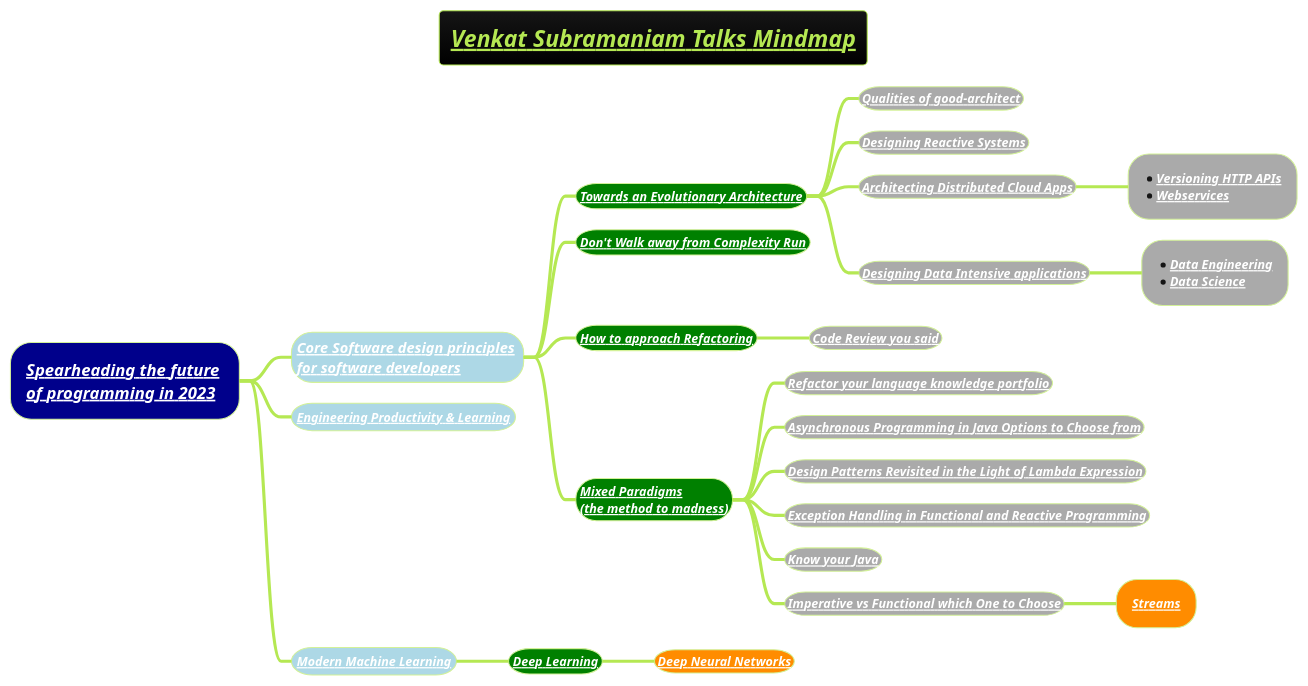
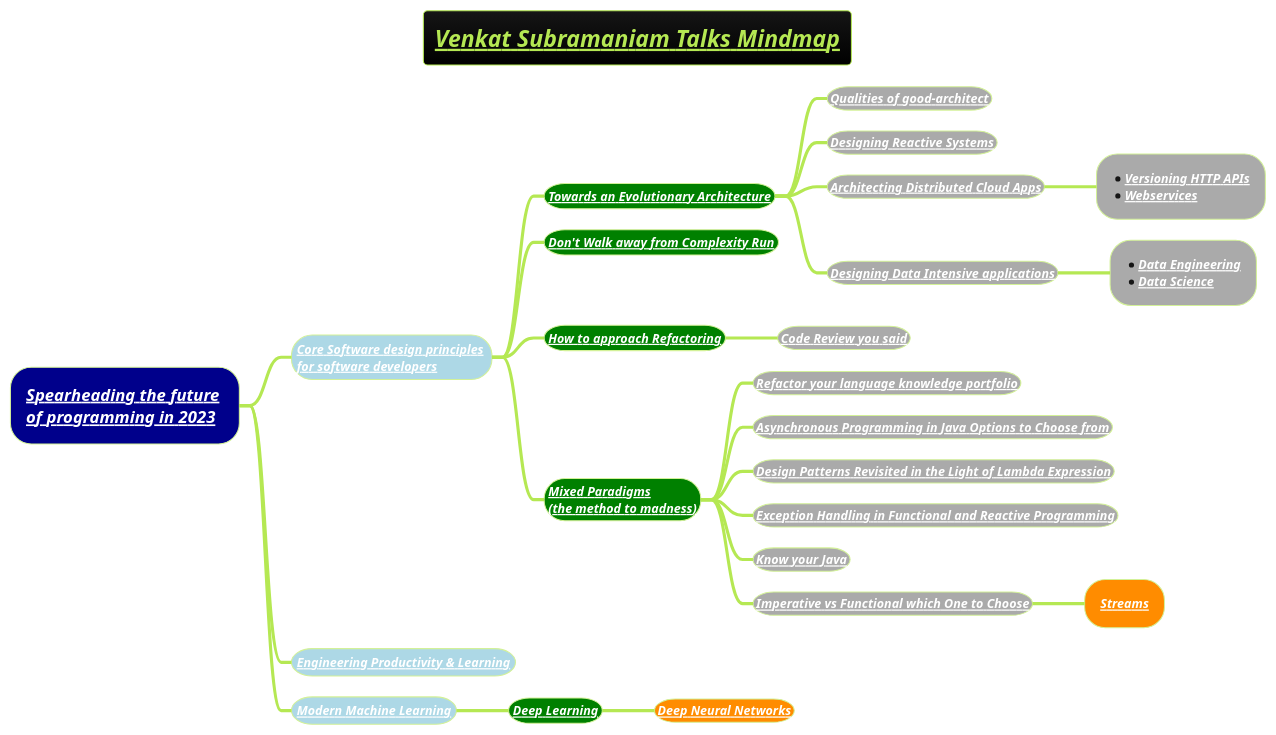
One commit to MehmoodHashmi/Documentation-as-Code-DaC changed the diagram in docs/3-programming-languages/Venkat-Subramaniam/venkat-talks-mindmap.puml. Above: the diagram before and after it, drawn with PlantUML. The commit also changed 2 other files, not shown here.

```diff
--- a/docs/3-programming-languages/Venkat-Subramaniam/venkat-talks-mindmap.puml
+++ b/docs/3-programming-languages/Venkat-Subramaniam/venkat-talks-mindmap.puml
@@ -1,30 +1,30 @@
 @startmindmap
 title =<i><b><u><size:18>Venkat Subramaniam Talks Mindmap
 !theme hacker
 
 *[#darkblue] <i><color #black>[[docs/3-programming-languages/Venkat-Subramaniam/Spearheading-the-future-of-programming-2023.puml Spearheading the future]] \n<i><color #black>[[docs/3-programming-languages/Venkat-Subramaniam/Spearheading-the-future-of-programming-2023.puml of programming in 2023]]
-**[#lightblue] <color:white><i>[[docs/3-programming-languages/Venkat-Subramaniam/Core-Software-design-principles-for-software-developers.puml Core Software design principles]] \n<color:white><i>[[docs/3-programming-languages/Venkat-Subramaniam/Core-Software-design-principles-for-software-developers.puml for software developers ]]
+**[#lightblue] <color:white><i><size:12>[[docs/3-programming-languages/Venkat-Subramaniam/Core-Software-design-principles-for-software-developers.puml Core Software design principles]] \n<color:white><i><size:12>[[docs/3-programming-languages/Venkat-Subramaniam/Core-Software-design-principles-for-software-developers.puml for software developers ]]
 ***[#green] <b><i><color #black><size:12>[[docs/3-programming-languages/Venkat-Subramaniam/Towards-an-Evolutionary-Architecture.puml Towards an Evolutionary Architecture]]
 ****[#a] <b><i><color #black><size:12>[[docs/3-programming-languages/Venkat-Subramaniam/Qualities-of-good-architect.puml Qualities of good-architect]]
 ****[#a] <b><i><color #black><size:12>[[docs/3-programming-languages/Venkat-Subramaniam/Designing-Reactive-Systems.puml Designing Reactive Systems]]
 ****[#a] <b><i><color #black><size:12>[[docs/3-programming-languages/Venkat-Subramaniam/Architecting-Distributed-Cloud-Apps.puml Architecting Distributed Cloud Apps]]
 *****[#a] *<b><i><color #black><size:12>[[docs/3-programming-languages/Venkat-Subramaniam/Architecting-Distributed-Cloud-Apps.puml Versioning HTTP APIs]] \n*<b><i><color #black><size:12>[[docs/3-programming-languages/Venkat-Subramaniam/webservice.puml Webservices]]
 ****[#a] <b><i><color #black><size:12>[[docs/books/1-books-backlog/DBMS/Designing-Data-Intensive-Applications.puml Designing Data Intensive applications]]
 *****[#a] *<b><i><color #black><size:12>[[docs/AI-ML-DL-Data-Science-and-BigData/data-science/data-engineering/Data-Engineering.puml Data Engineering]] \n*<b><i><color #black><size:12>[[docs/AI-ML-DL-Data-Science-and-BigData/data-science/Data-Science.puml Data Science]]
 ***[#green] <b><i><color #black><size:12>[[docs/3-programming-languages/Venkat-Subramaniam/Do-not-Walk-Away-From-Complexity-Run.puml Don't Walk away from Complexity Run]]
 ***[#green] <b><i><color #black><size:12>[[docs/3-programming-languages/Venkat-Subramaniam/how-to-approach-refactoring.puml How to approach Refactoring]]
 ****[#a] <b><i><color #black><size:12>[[docs/3-programming-languages/Venkat-Subramaniam/Code-Review-you-said.puml Code Review you said]]
 ***[#green] <b><i><color #black><size:12>[[docs/3-programming-languages/Venkat-Subramaniam/mixed-paradigms-(the-method-to-madness).puml Mixed Paradigms]] \n<b><i><color #black><size:12>[[docs/3-programming-languages/Venkat-Subramaniam/mixed-paradigms-(the-method-to-madness).puml (the method to madness)]]
 ****[#a] <b><i><color #black><size:12>[[docs/3-programming-languages/Venkat-Subramaniam/Refactor-your-language-knowledge-portfolio-(we-are-what-we-can-code-in).puml Refactor your language knowledge portfolio]]
 ****[#a] <b><i><color #black><size:12>[[docs/3-programming-languages/Venkat-Subramaniam/Asynchronous-Programming-in-Java-Options-to-Choose-from.puml Asynchronous Programming in Java Options to Choose from]]
 ****[#a] <b><i><color #black><size:12>[[docs/3-programming-languages/Venkat-Subramaniam/Design-Patterns-revisited-in-the-Light-of-Lambda-Expression.puml Design Patterns Revisited in the Light of Lambda Expression]]
 ****[#a] <b><i><color #black><size:12>[[docs/3-programming-languages/Venkat-Subramaniam/Exception-Handling-in-Functional-and-Reactive-Programming.puml Exception Handling in Functional and Reactive Programming]]
 ****[#a] <b><i><color #black><size:12>[[docs/3-programming-languages/Venkat-Subramaniam/Know-your-java-venkat.puml Know your Java]]
 ****[#a] <b><i><color #black><size:12>[[docs/3-programming-languages/Venkat-Subramaniam/Imperative-vs-Functional-Which-one-to-Choose.puml Imperative vs Functional which One to Choose]]
 *****[#darkorange] <b><i><color #black><size:12>[[docs/3-programming-languages/Venkat-Subramaniam/Streams.puml Streams]]
 **[#lightblue] <b><i><color #black><size:12>[[docs/3-programming-languages/Venkat-Subramaniam/Engineering-Productivity-and-Learning.puml Engineering Productivity & Learning]]
 **[#lightblue] <b><i><color #black><size:12>[[docs/AI-ML-DL-Data-Science-and-BigData/machine-learning-ML/Modern-Machine-Learning.puml Modern Machine Learning]]
 ***[#green] <b><i><color #black><size:12>[[docs/AI-ML-DL-Data-Science-and-BigData/machine-learning-ML/3-deep-learning-DL/Deep-Learning.puml Deep Learning]]
 ****[#darkorange] <b><i><color #black><size:12>[[docs/AI-ML-DL-Data-Science-and-BigData/machine-learning-ML/3-deep-learning-DL/Neural-Network-Architecture.puml Deep Neural Networks]]
 
 @endmindmap
```
